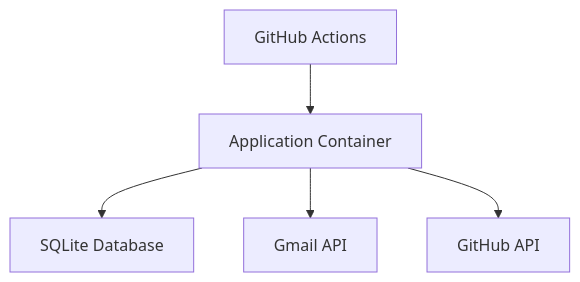
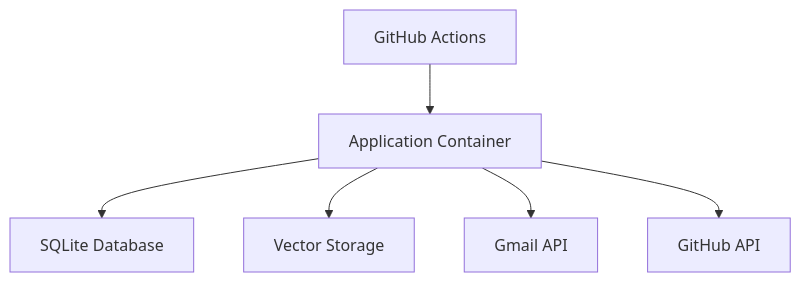
One commit to seantauber/seantauber changed the fifth of 5 diagrams in dev_docs/mvp_system_architecture.md. Above: the diagram before and after it, drawn with Mermaid. The commit also changed other lines of this file and 13 other files, not shown here.

````diff
--- a/dev_docs/mvp_system_architecture.md
+++ b/dev_docs/mvp_system_architecture.md
@@ -132,7 +156,8 @@
 ```mermaid
 graph TD
     A[GitHub Actions] --> B[Application Container]
     B --> C[SQLite Database]
-    B --> D[Gmail API]
-    B --> E[GitHub API]
+    B --> D[Vector Storage]
+    B --> E[Gmail API]
+    B --> F[GitHub API]
 ```
````
